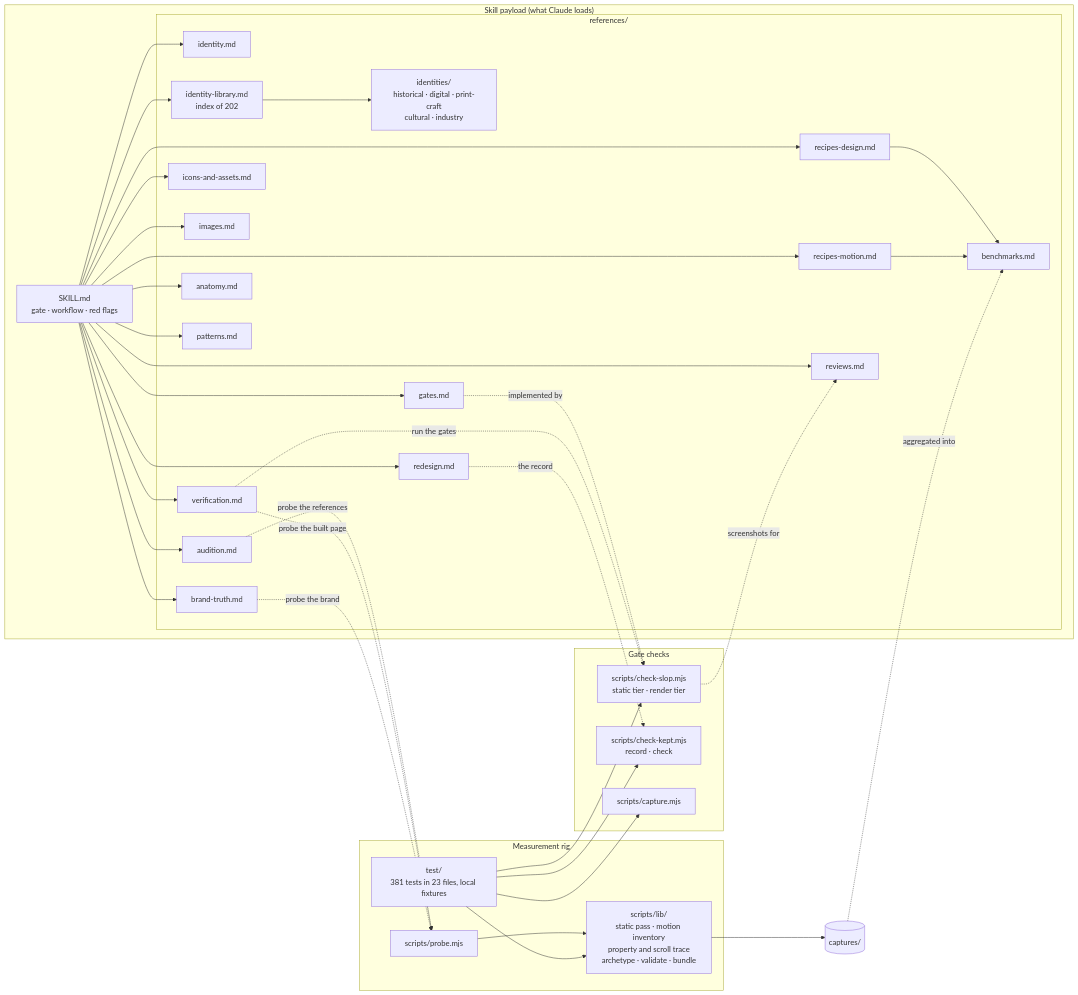
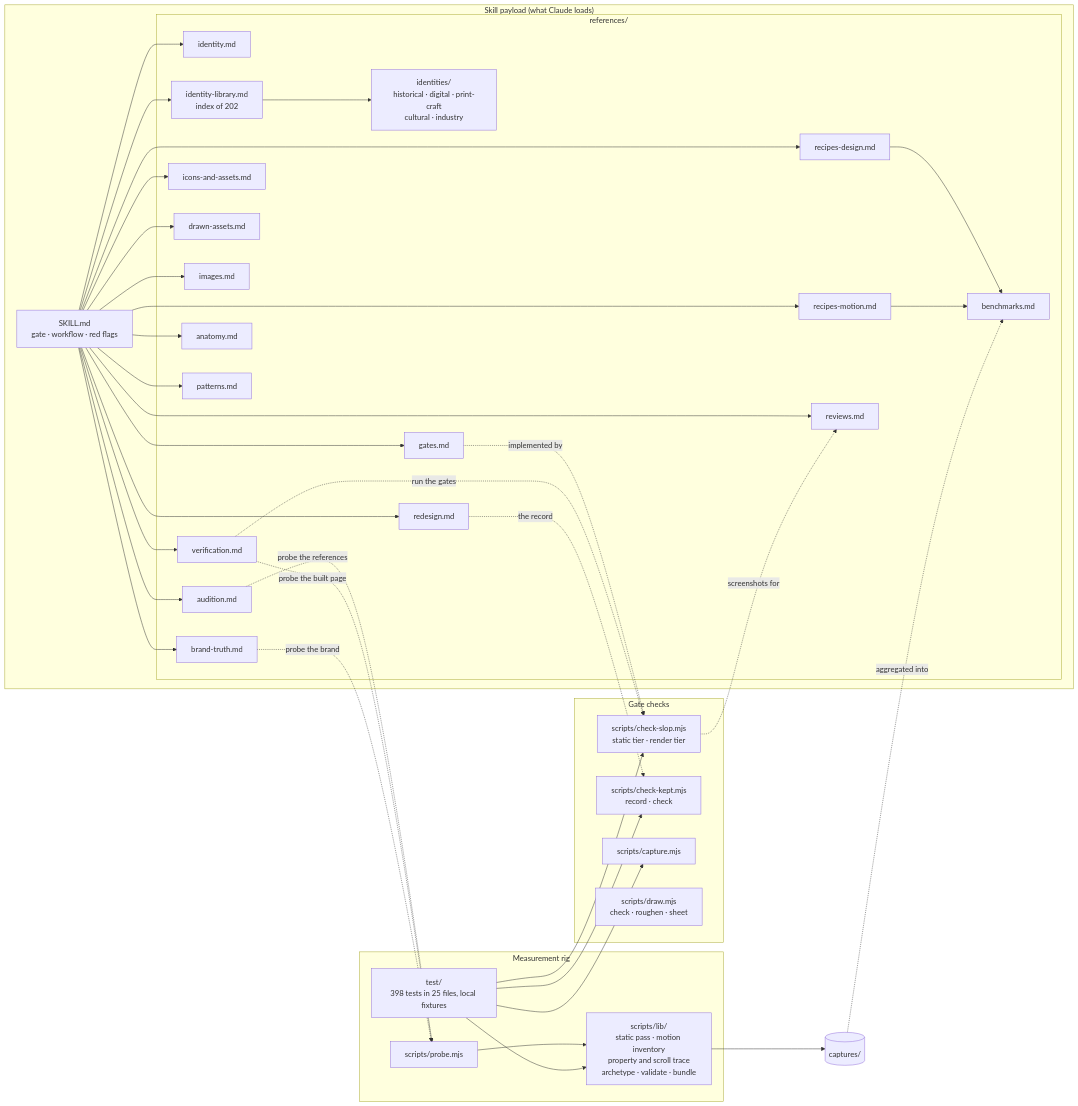
Before and after one commit to jounimn/df-design: the second of 2 diagrams in README.md, drawn with Mermaid. The commit also changed other lines of this file and 13 other files, not shown here.

First line of the commit message:
feat: drawn assets, doodles and icon sets in the identity's own line

````diff
--- a/README.md
+++ b/README.md
@@ -179,48 +179,50 @@
 ```mermaid
 flowchart LR
     subgraph Skill["Skill payload (what Claude loads)"]
         SK["SKILL.md<br/>gate · workflow · red flags"]
         subgraph Refs["references/"]
             ID["identity.md"]
             AUD["audition.md"]
             LIB["identity-library.md<br/>index of 202"]
             FAM["identities/<br/>historical · digital · print-craft<br/>cultural · industry"]
             RD["recipes-design.md"]
             RM["recipes-motion.md"]
             IC["icons-and-assets.md"]
+            DRA["drawn-assets.md"]
             IMG["images.md"]
             VER["verification.md"]
             BEN["benchmarks.md"]
             ANA["anatomy.md"]
             GAT["gates.md"]
             PAT["patterns.md"]
             REV["reviews.md"]
             RED["redesign.md"]
             BRT["brand-truth.md"]
         end
     end
     subgraph Rig["Measurement rig"]
         PRB["scripts/probe.mjs"]
         LIBS["scripts/lib/<br/>static pass · motion inventory<br/>property and scroll trace<br/>archetype · validate · bundle"]
-        TST["test/<br/>381 tests in 23 files, local fixtures"]
+        TST["test/<br/>398 tests in 25 files, local fixtures"]
     end
     subgraph Gates["Gate checks"]
         CSL["scripts/check-slop.mjs<br/>static tier · render tier"]
         CKP["scripts/check-kept.mjs<br/>record · check"]
         CPT["scripts/capture.mjs"]
+        DRW["scripts/draw.mjs<br/>check · roughen · sheet"]
     end
-    SK --> ID & AUD & LIB & RD & RM & IC & IMG & VER & ANA & GAT & PAT & REV & RED & BRT
+    SK --> ID & AUD & LIB & RD & RM & IC & DRA & IMG & VER & ANA & GAT & PAT & REV & RED & BRT
     LIB --> FAM
     RD & RM --> BEN
     PRB --> LIBS
     LIBS --> CAP[("captures/")]
     CAP -. "aggregated into" .-> BEN
     AUD -. "probe the references" .-> PRB
     VER -. "probe the built page" .-> PRB
     GAT -. "implemented by" .-> CSL
     VER -. "run the gates" .-> CSL
     RED -. "the record" .-> CKP
     BRT -. "probe the brand" .-> PRB
     CSL -. "screenshots for" .-> REV
     TST --> LIBS & CSL & CKP & CPT
 ```
````
